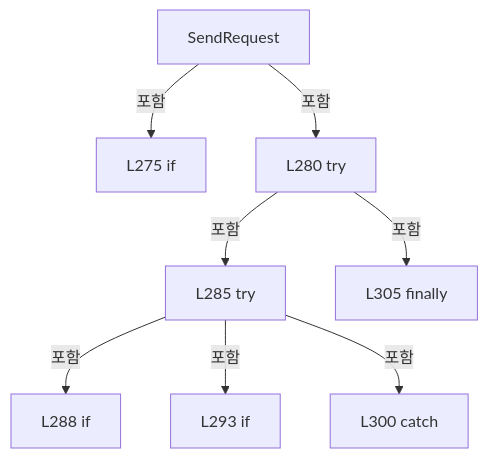
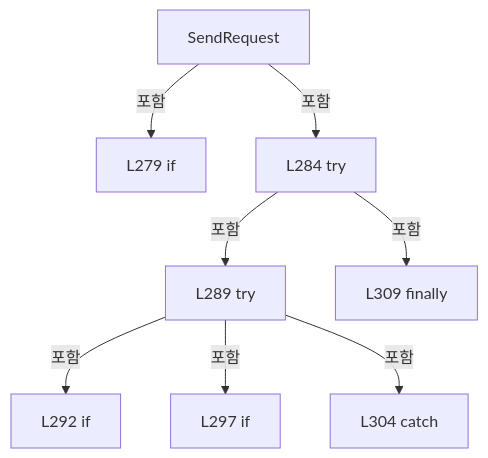
The eighth of 40 diagrams in A3 LD Code Ref/files/Drilling.Common/Interface/Vision/CVisionComm.cs.md (kjuws10-rgb/Shared), drawn with Mermaid before and after one commit. The commit also changed other lines of this file and 2071 other files, not shown here.

Commit message:
docs(a3): update 11.19.0 architecture and code reference

````diff
--- a/A3 LD Code Ref/files/Drilling.Common/Interface/Vision/CVisionComm.cs.md
+++ b/A3 LD Code Ref/files/Drilling.Common/Interface/Vision/CVisionComm.cs.md
@@ -1271,18 +1271,18 @@
 ```mermaid
 flowchart TD
  M["SendRequest"]
- N0["L275 if"]
+ N0["L279 if"]
  M -->|포함| N0
- N1["L280 try"]
+ N1["L284 try"]
  M -->|포함| N1
- N2["L285 try"]
+ N2["L289 try"]
  N1 -->|포함| N2
- N3["L288 if"]
+ N3["L292 if"]
  N2 -->|포함| N3
- N4["L293 if"]
+ N4["L297 if"]
  N2 -->|포함| N4
- N5["L300 catch"]
+ N5["L304 catch"]
  N2 -->|포함| N5
- N6["L305 finally"]
+ N6["L309 finally"]
  N1 -->|포함| N6
 ```
````
